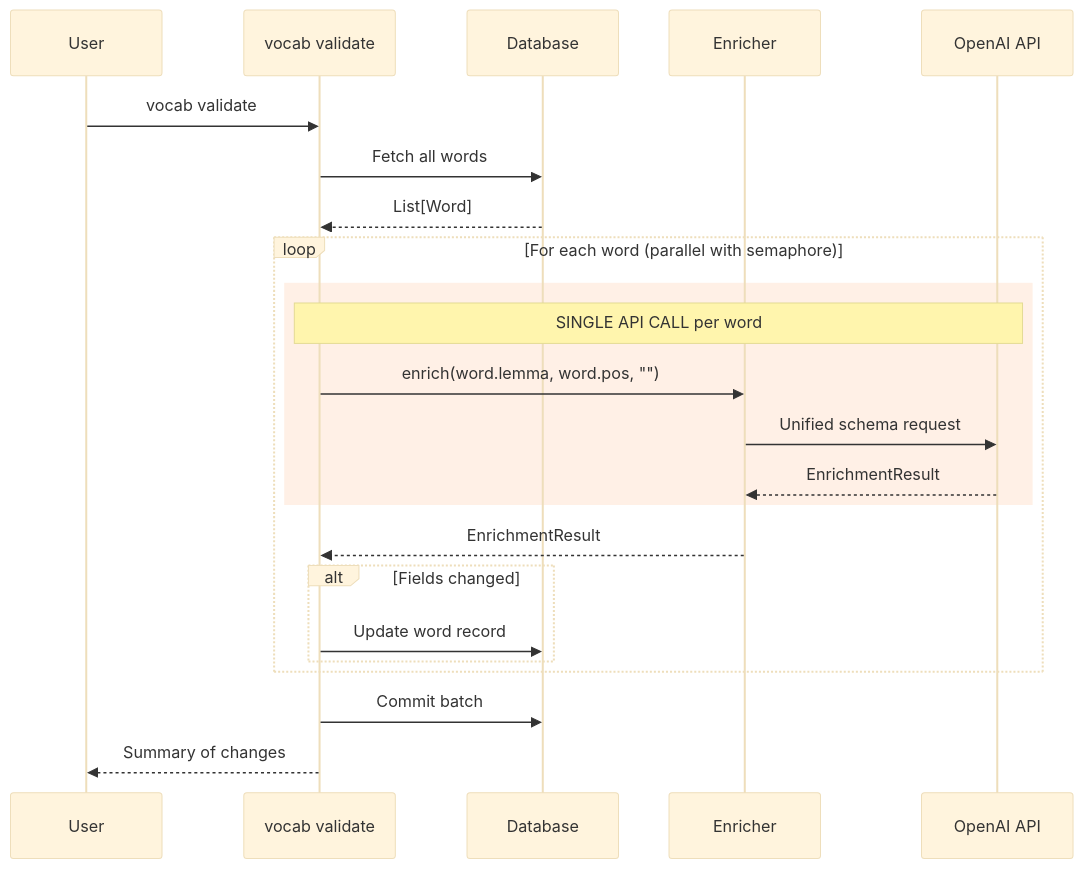
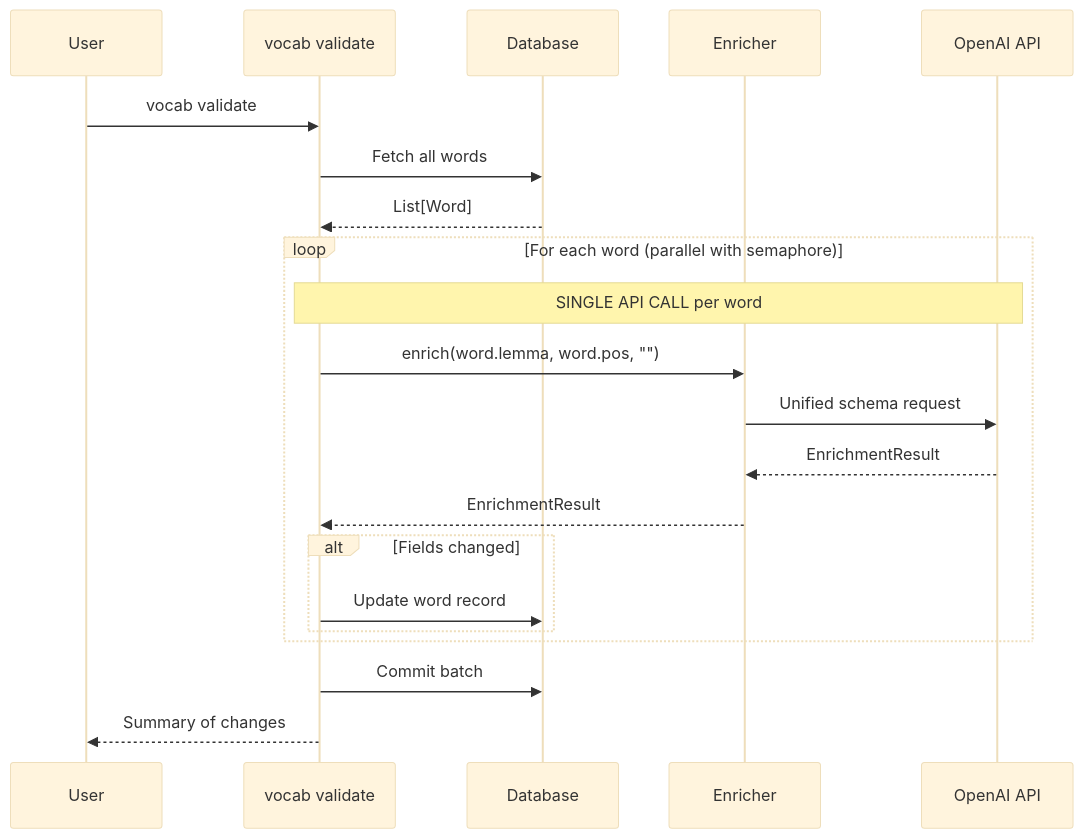
One commit to sapientpants/vocabext changed the sixth of 9 diagrams in docs/llm-pipelines.md. Above: the diagram before and after it, drawn with Mermaid (base theme). The commit also changed other lines of this file, not shown here.

First line of the commit message:
docs: remove color blocks from Mermaid diagrams

````diff
--- a/docs/llm-pipelines.md
+++ b/docs/llm-pipelines.md
@@ -293,31 +274,29 @@
 ```mermaid
 sequenceDiagram
     participant User
     participant CLI as vocab validate
     participant DB as Database
     participant Enricher
     participant API as OpenAI API
 
     User->>CLI: vocab validate
 
     CLI->>DB: Fetch all words
     DB-->>CLI: List[Word]
 
     loop For each word (parallel with semaphore)
-        rect rgb(255, 240, 230)
-            Note over CLI,API: SINGLE API CALL per word
-            CLI->>Enricher: enrich(word.lemma, word.pos, "")
-            Enricher->>API: Unified schema request
-            API-->>Enricher: EnrichmentResult
-        end
+        Note over CLI,API: SINGLE API CALL per word
+        CLI->>Enricher: enrich(word.lemma, word.pos, "")
+        Enricher->>API: Unified schema request
+        API-->>Enricher: EnrichmentResult
 
         Enricher-->>CLI: EnrichmentResult
 
         alt Fields changed
             CLI->>DB: Update word record
         end
     end
 
     CLI->>DB: Commit batch
     CLI-->>User: Summary of changes
 ```
````
